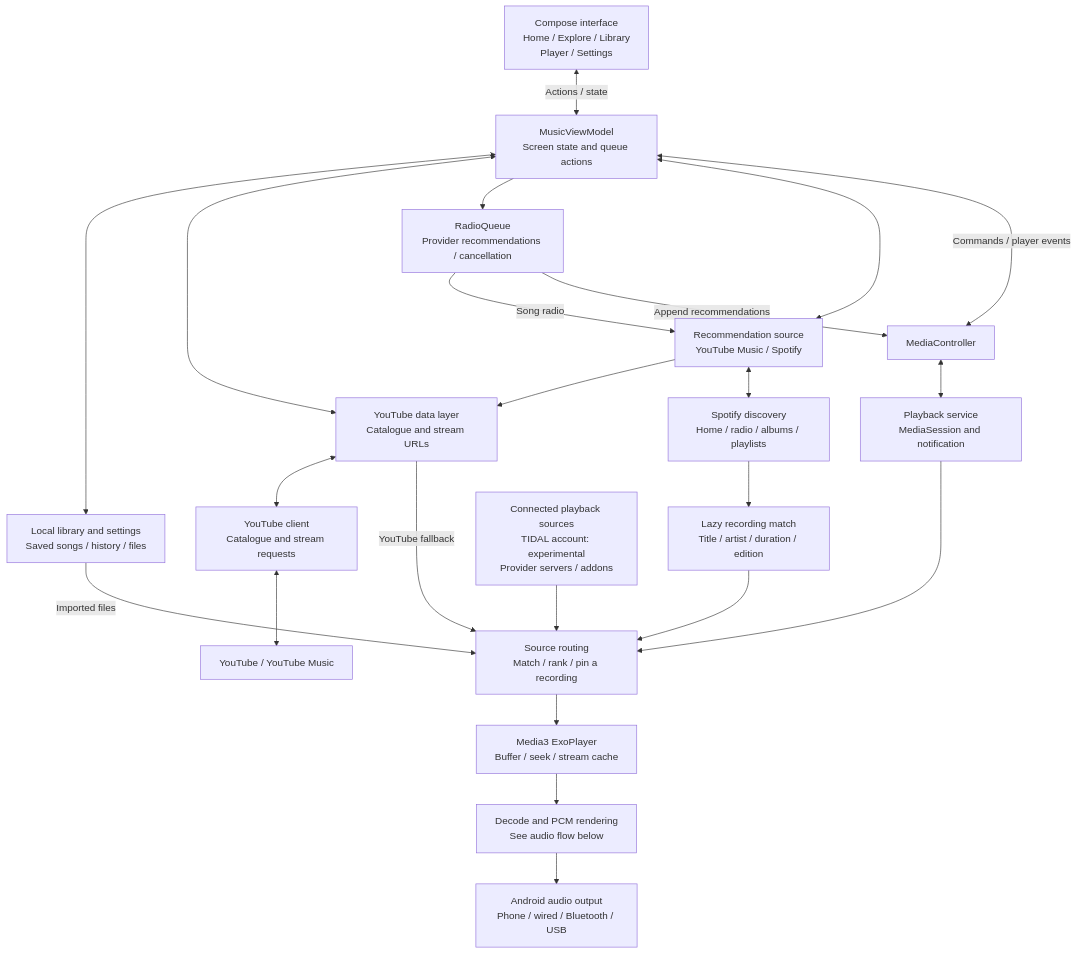
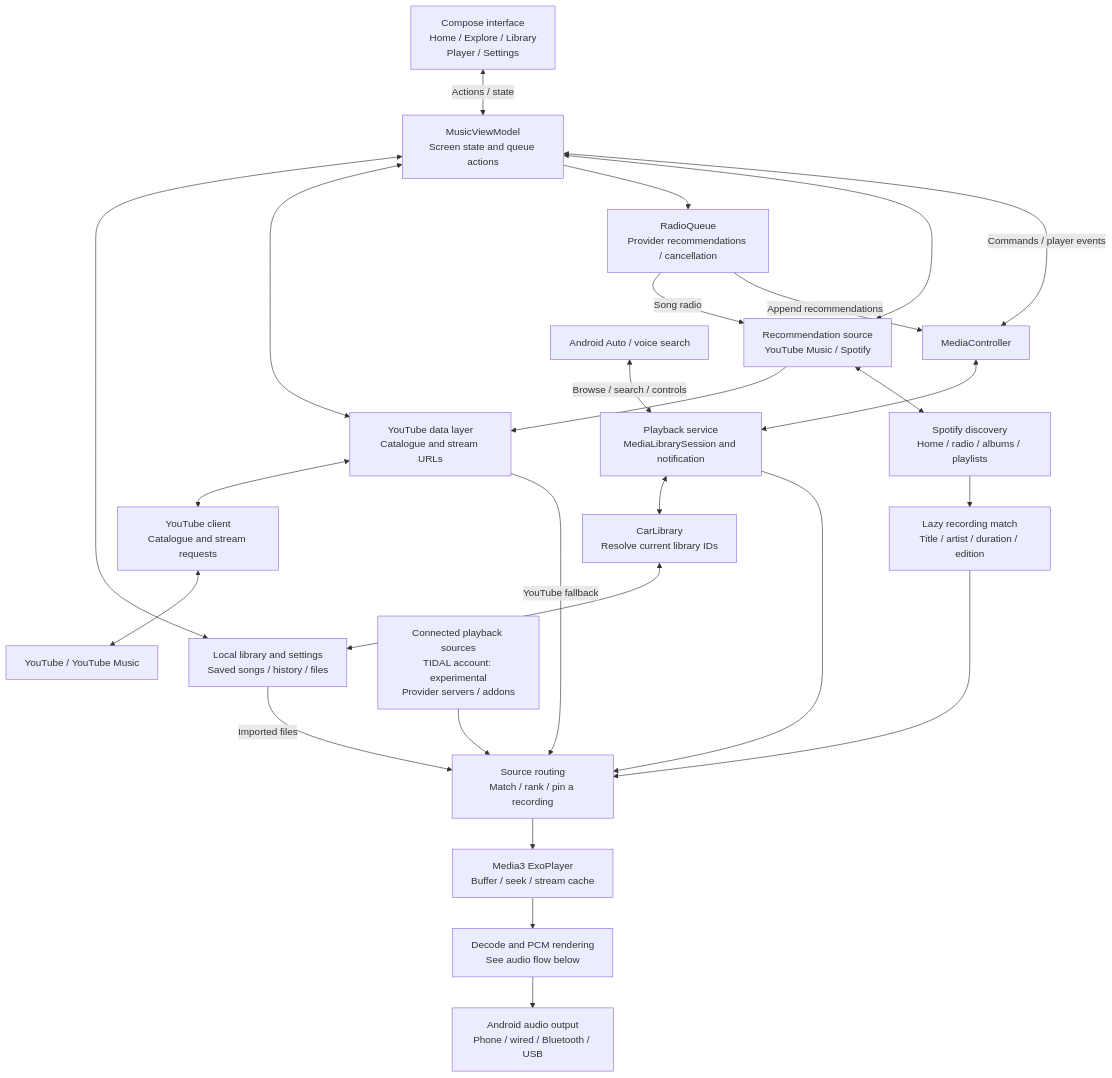
One commit to Pradyumna-RN/omni_play changed the first of 4 diagrams in README.md. Above: the diagram before and after it, drawn with Mermaid. The commit also changed other lines of this file and 5 other files, not shown here.

Commit message:
Preserve Android Auto queue selection and prepare Music 0.3.33

````diff
--- a/README.md
+++ b/README.md
@@ -112,27 +113,30 @@
 ```mermaid
 flowchart TB
     UI["Compose interface<br/>Home / Explore / Library<br/>Player / Settings"]
     VM["MusicViewModel<br/>Screen state and queue actions"]
     UI <-->|"Actions / state"| VM
     VM <--> STORE["Local library and settings<br/>Saved songs / history / files"]
     VM <--> YT["YouTube data layer<br/>Catalogue and stream URLs"]
     VM --> RADIO["RadioQueue<br/>Provider recommendations / cancellation"]
     VM <--> RECS["Recommendation source<br/>YouTube Music / Spotify"]
     RADIO -->|"Song radio"| RECS
     RECS --> YT
     RECS <--> SPOTIFY["Spotify discovery<br/>Home / radio / albums / playlists"]
     SPOTIFY --> MATCH["Lazy recording match<br/>Title / artist / duration / edition"]
     MATCH --> SELECT
     RADIO -->|"Append recommendations"| CONTROL
     YT <--> ENGINE["YouTube client<br/>Catalogue and stream requests"]
     ENGINE <--> CLOUD["YouTube / YouTube Music"]
     VM <-->|"Commands / player events"| CONTROL["MediaController"]
-    CONTROL <--> SERVICE["Playback service<br/>MediaSession and notification"]
+    CONTROL <--> SERVICE["Playback service<br/>MediaLibrarySession and notification"]
+    CAR["Android Auto / voice search"] <-->|"Browse / search / controls"| SERVICE
+    SERVICE <--> CARLIB["CarLibrary<br/>Resolve current library IDs"]
+    CARLIB <--> STORE
     SERVICE --> SELECT["Source routing<br/>Match / rank / pin a recording"]
     STORE -->|"Imported files"| SELECT
     YT -->|"YouTube fallback"| SELECT
     SOURCES["Connected playback sources<br/>TIDAL account: experimental<br/>Provider servers / addons"] --> SELECT
     SELECT --> PLAYER["Media3 ExoPlayer<br/>Buffer / seek / stream cache"]
     PLAYER --> AUDIO["Decode and PCM rendering<br/>See audio flow below"]
     AUDIO --> OUTPUT["Android audio output<br/>Phone / wired / Bluetooth / USB"]
 ```
````
